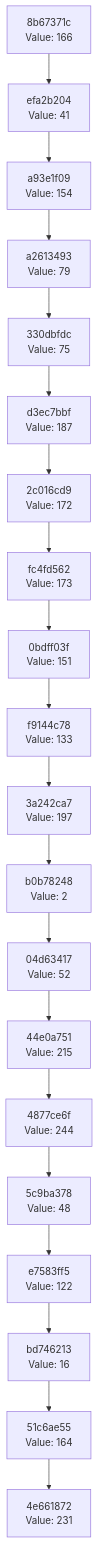
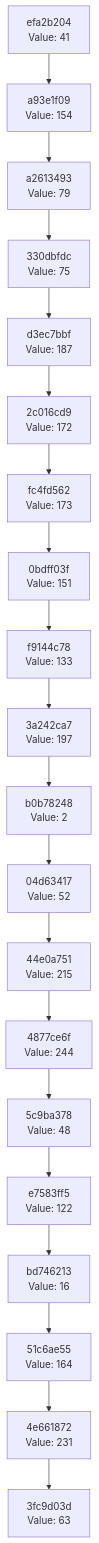
The diagram in docs/CHAIN_VISUALIZATION.md (Abhisheksinha1506/hash-chain-evolver), drawn with Mermaid before and after one commit. The commit also changed 2 other files, not shown here.

Commit message:
Evolution step: hash 0x3F → action executed

````diff
--- a/docs/CHAIN_VISUALIZATION.md
+++ b/docs/CHAIN_VISUALIZATION.md
@@ -3,42 +3,42 @@
 ```mermaid
 graph TD
-    C0["4e661872<br/>Value: 231"]
-    C1["51c6ae55<br/>Value: 164"]
+    C0["3fc9d03d<br/>Value: 63"]
+    C1["4e661872<br/>Value: 231"]
     C1 --> C0
-    C2["bd746213<br/>Value: 16"]
+    C2["51c6ae55<br/>Value: 164"]
     C2 --> C1
-    C3["e7583ff5<br/>Value: 122"]
+    C3["bd746213<br/>Value: 16"]
     C3 --> C2
-    C4["5c9ba378<br/>Value: 48"]
+    C4["e7583ff5<br/>Value: 122"]
     C4 --> C3
-    C5["4877ce6f<br/>Value: 244"]
+    C5["5c9ba378<br/>Value: 48"]
     C5 --> C4
-    C6["44e0a751<br/>Value: 215"]
+    C6["4877ce6f<br/>Value: 244"]
     C6 --> C5
-    C7["04d63417<br/>Value: 52"]
+    C7["44e0a751<br/>Value: 215"]
     C7 --> C6
-    C8["b0b78248<br/>Value: 2"]
+    C8["04d63417<br/>Value: 52"]
     C8 --> C7
-    C9["3a242ca7<br/>Value: 197"]
+    C9["b0b78248<br/>Value: 2"]
     C9 --> C8
-    C10["f9144c78<br/>Value: 133"]
+    C10["3a242ca7<br/>Value: 197"]
     C10 --> C9
-    C11["0bdff03f<br/>Value: 151"]
+    C11["f9144c78<br/>Value: 133"]
     C11 --> C10
-    C12["fc4fd562<br/>Value: 173"]
+    C12["0bdff03f<br/>Value: 151"]
     C12 --> C11
-    C13["2c016cd9<br/>Value: 172"]
+    C13["fc4fd562<br/>Value: 173"]
     C13 --> C12
-    C14["d3ec7bbf<br/>Value: 187"]
+    C14["2c016cd9<br/>Value: 172"]
     C14 --> C13
-    C15["330dbfdc<br/>Value: 75"]
+    C15["d3ec7bbf<br/>Value: 187"]
     C15 --> C14
-    C16["a2613493<br/>Value: 79"]
+    C16["330dbfdc<br/>Value: 75"]
     C16 --> C15
-    C17["a93e1f09<br/>Value: 154"]
+    C17["a2613493<br/>Value: 79"]
     C17 --> C16
-    C18["efa2b204<br/>Value: 41"]
+    C18["a93e1f09<br/>Value: 154"]
     C18 --> C17
-    C19["8b67371c<br/>Value: 166"]
+    C19["efa2b204<br/>Value: 41"]
     C19 --> C18
 ```
````
